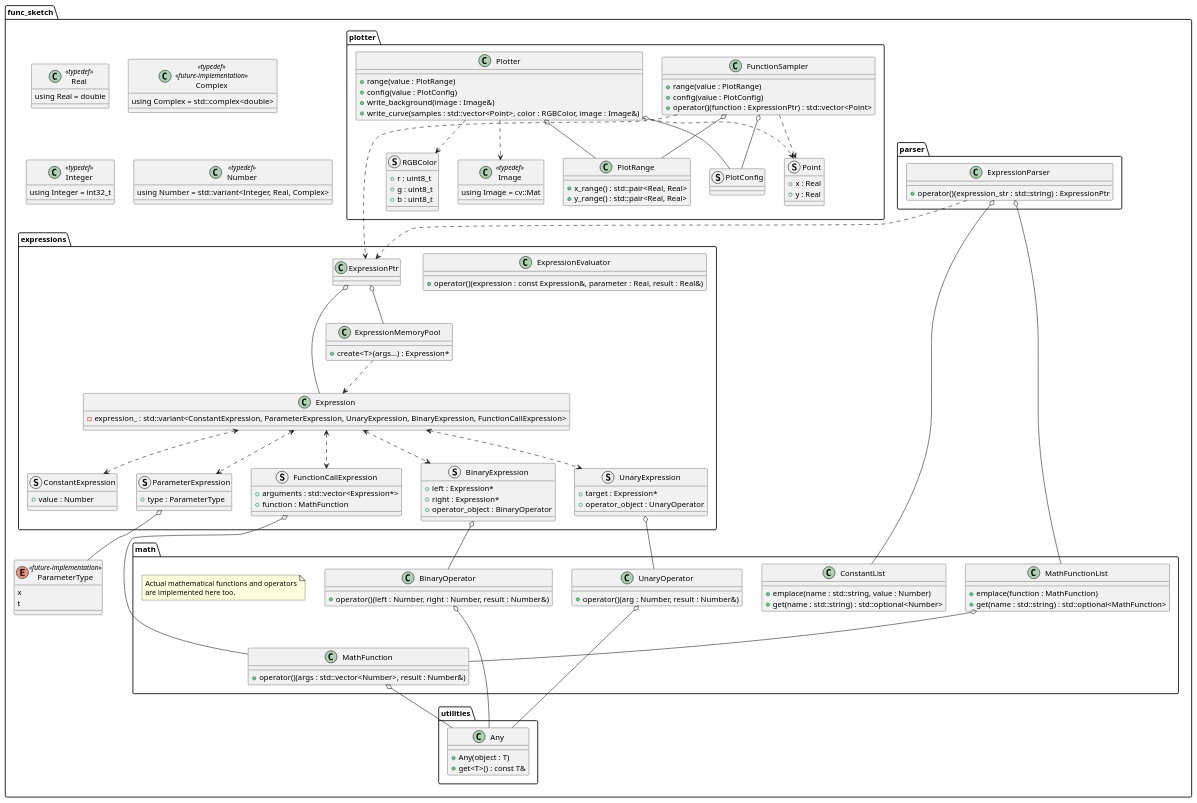
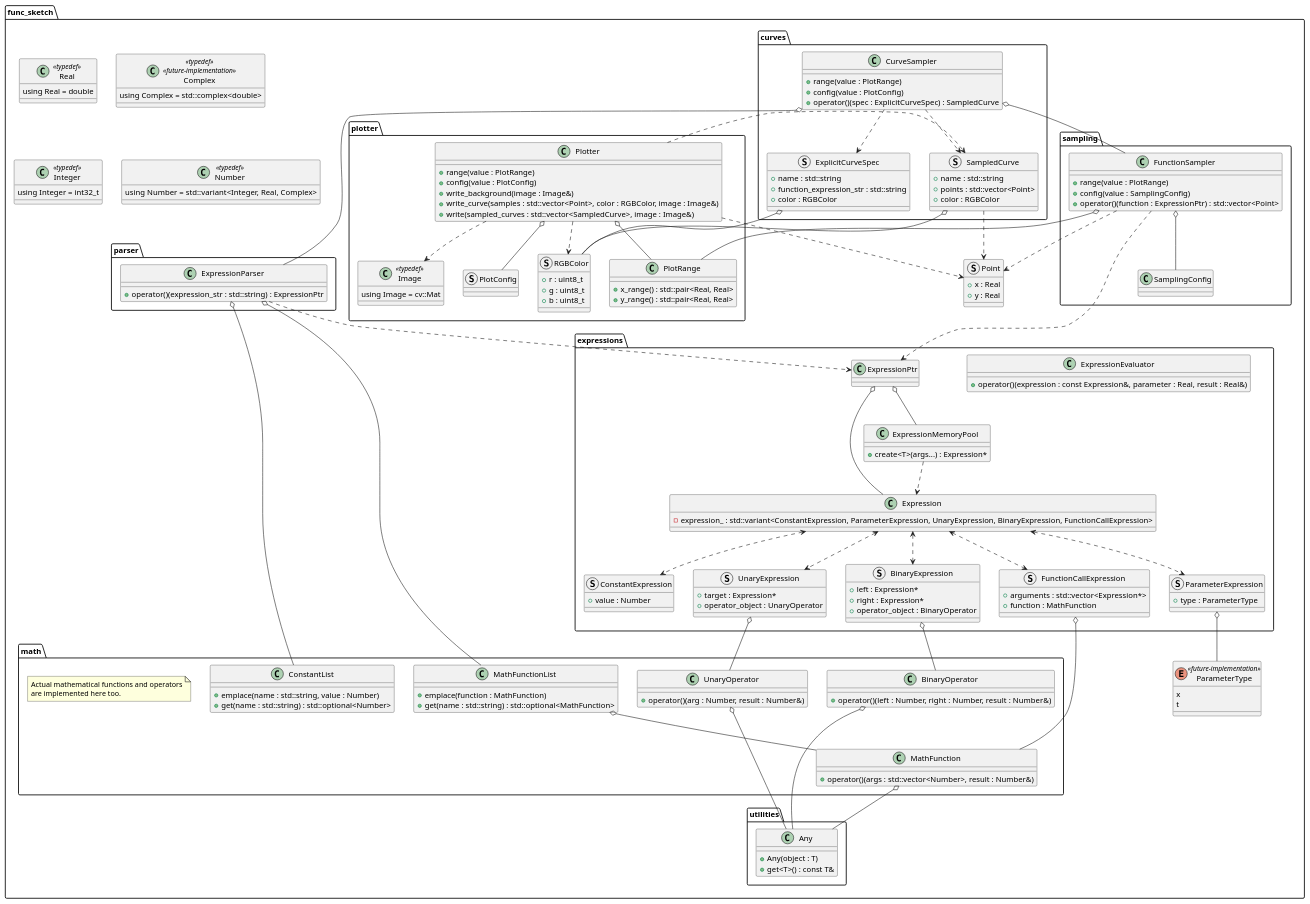
The diagram in docs/sphinx/design_notes/classes_cpp.puml (MusicScience37/FuncSketch), drawn with PlantUML before and after one commit.

Commit message:
:books: Update C++ class diagram.

```diff
--- a/docs/sphinx/design_notes/classes_cpp.puml
+++ b/docs/sphinx/design_notes/classes_cpp.puml
@@ -20,6 +20,11 @@
     enum ParameterType <<future-implementation>> {
         x
         t
+    }
+
+    struct Point {
+        + x : Real
+        + y : Real
     }
 
     package utilities {
@@ -123,16 +128,24 @@
         ExpressionParser ..> ExpressionPtr
     }
 
+    package sampling {
+        class SamplingConfig
+
+        class FunctionSampler {
+            + range(value : PlotRange)
+            + config(value : SamplingConfig)
+            + operator()(function : ExpressionPtr) : std::vector<Point>
+        }
+        FunctionSampler o-- SamplingConfig
+        FunctionSampler ...> ExpressionPtr
+        FunctionSampler ..> Point
+    }
+
     package plotter {
         struct RGBColor {
             + r : uint8_t
             + g : uint8_t
             + b : uint8_t
-        }
-
-        struct Point {
-            + x : Real
-            + y : Real
         }
 
         class Image <<typedef>> {
@@ -143,24 +156,16 @@
             + x_range() : std::pair<Real, Real>
             + y_range() : std::pair<Real, Real>
         }
+        FunctionSampler o-- PlotRange
 
         struct PlotConfig
-
-        class FunctionSampler {
-            + range(value : PlotRange)
-            + config(value : PlotConfig)
-            + operator()(function : ExpressionPtr) : std::vector<Point>
-        }
-        FunctionSampler o-- PlotRange
-        FunctionSampler o-- PlotConfig
-        FunctionSampler ...> ExpressionPtr
-        FunctionSampler ..> Point
 
         class Plotter {
             + range(value : PlotRange)
             + config(value : PlotConfig)
             + write_background(image : Image&)
             + write_curve(samples : std::vector<Point>, color : RGBColor, image : Image&)
+            + write(sampled_curves : std::vector<SampledCurve>, image : Image&)
         }
         Plotter o-- PlotRange
         Plotter o-- PlotConfig
@@ -168,6 +173,34 @@
         Plotter ..> RGBColor
         Plotter ..> Image
     }
+
+    package curves {
+        struct ExplicitCurveSpec {
+            + name : std::string
+            + function_expression_str : std::string
+            + color : RGBColor
+        }
+        ExplicitCurveSpec o-- RGBColor
+
+        struct SampledCurve {
+            + name : std::string
+            + points : std::vector<Point>
+            + color : RGBColor
+        }
+        SampledCurve ..> Point
+        SampledCurve o-- RGBColor
+
+        class CurveSampler {
+            + range(value : PlotRange)
+            + config(value : PlotConfig)
+            + operator()(spec : ExplicitCurveSpec) : SampledCurve
+        }
+        CurveSampler o-- ExpressionParser
+        CurveSampler o-- FunctionSampler
+        CurveSampler ..> ExplicitCurveSpec
+        CurveSampler ..> SampledCurve
+    }
+    Plotter ..> SampledCurve
 }
 
 @enduml
```
